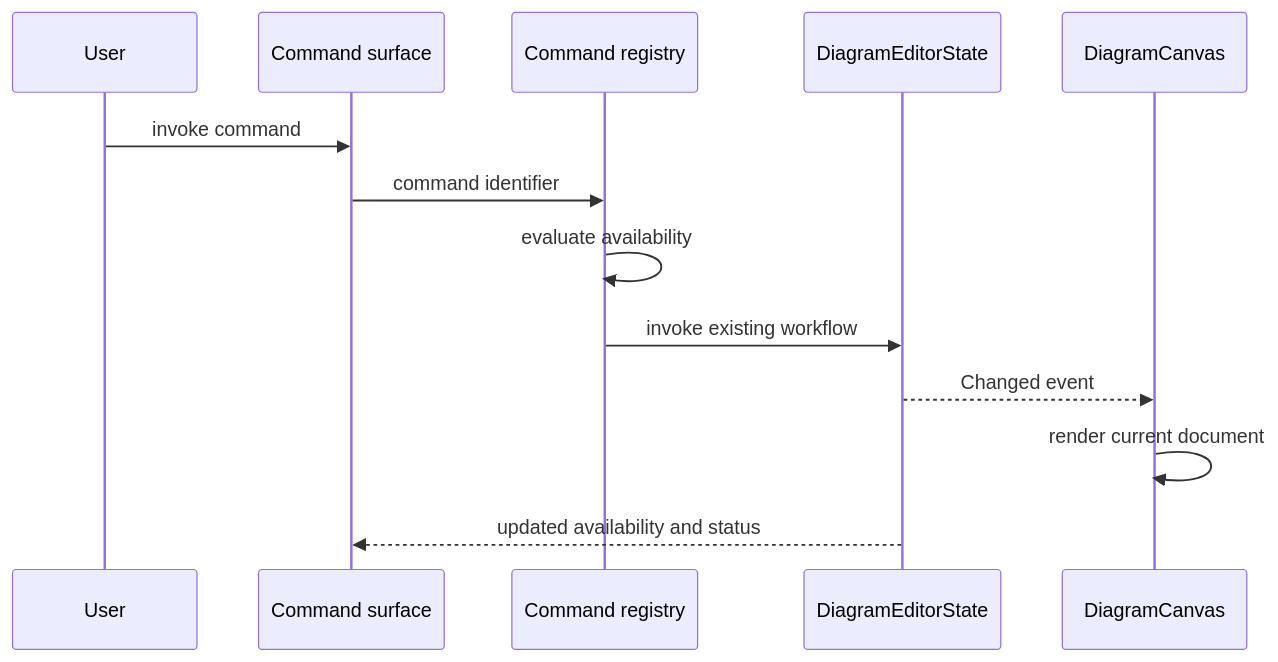
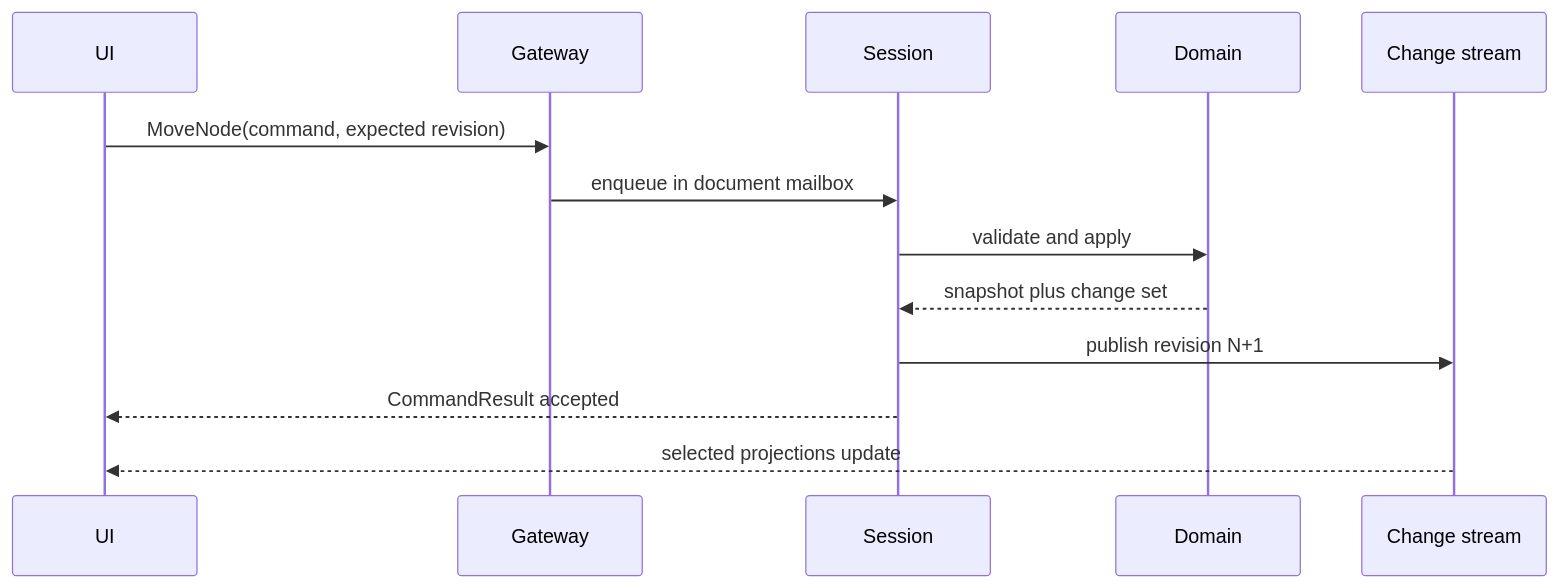
One commit to justin-haffey/ghostagram changed the second of 3 diagrams in .swe/01-DESIGN/DESIGN.md. Above: the diagram before and after it, drawn with Mermaid. The commit also changed other lines of this file and 25 other files, not shown here.

````diff
--- a/.swe/01-DESIGN/DESIGN.md
+++ b/.swe/01-DESIGN/DESIGN.md
@@ -218,16 +103,15 @@
 ```mermaid
 sequenceDiagram
-    participant User
-    participant Surface as Command surface
-    participant Registry as Command registry
-    participant Editor as DiagramEditorState
-    participant Canvas as DiagramCanvas
-
-    User->>Surface: invoke command
-    Surface->>Registry: command identifier
-    Registry->>Registry: evaluate availability
-    Registry->>Editor: invoke existing workflow
-    Editor-->>Canvas: Changed event
-    Canvas->>Canvas: render current document
-    Editor-->>Surface: updated availability and status
+    participant UI
+    participant Gateway
+    participant Session
+    participant Domain
+    participant Bus as Change stream
+    UI->>Gateway: MoveNode(command, expected revision)
+    Gateway->>Session: enqueue in document mailbox
+    Session->>Domain: validate and apply
+    Domain-->>Session: snapshot plus change set
+    Session->>Bus: publish revision N+1
+    Session-->>UI: CommandResult accepted
+    Bus-->>UI: selected projections update
 ```
````
